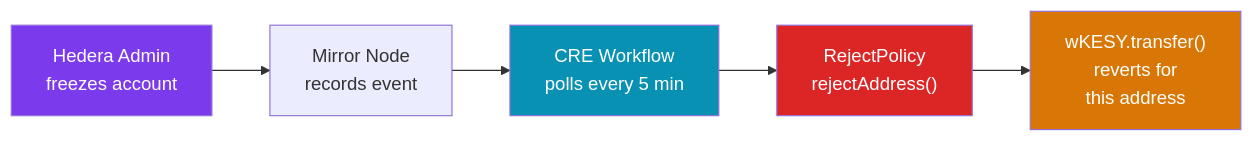
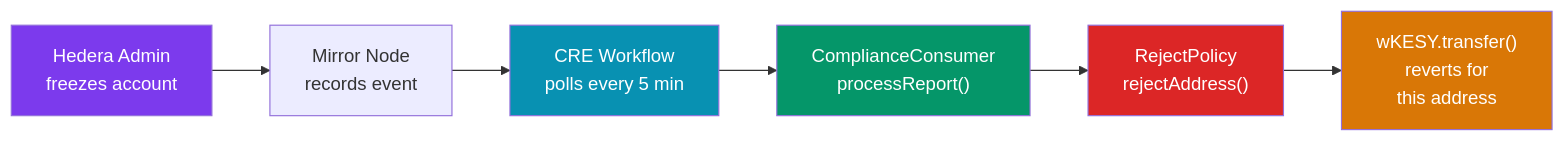
Before and after one commit to nhx-finance/bridge: the third of 4 diagrams in contracts/ARCHITECTURE.md, drawn with Mermaid. The commit also changed other lines of this file and 7 other files, not shown here.

Commit message:
feat: introduce ComplianceConsumer contract as middleware for CRE DON to interact with RejectPolicy and update the workflow.

````diff
--- a/contracts/ARCHITECTURE.md
+++ b/contracts/ARCHITECTURE.md
@@ -106,12 +106,14 @@
 ```mermaid
 flowchart LR
     A["Hedera Admin<br/>freezes account"] --> B["Mirror Node<br/>records event"]
     B --> C["CRE Workflow<br/>polls every 5 min"]
-    C --> D["RejectPolicy<br/>rejectAddress()"]
+    C --> CC["ComplianceConsumer<br/>processReport()"]
+    CC --> D["RejectPolicy<br/>rejectAddress()"]
     D --> E["wKESY.transfer()<br/>reverts for<br/>this address"]
 
     style A fill:#7C3AED,color:#fff
     style C fill:#0891B2,color:#fff
+    style CC fill:#059669,color:#fff
     style D fill:#DC2626,color:#fff
     style E fill:#D97706,color:#fff
 ```
````
